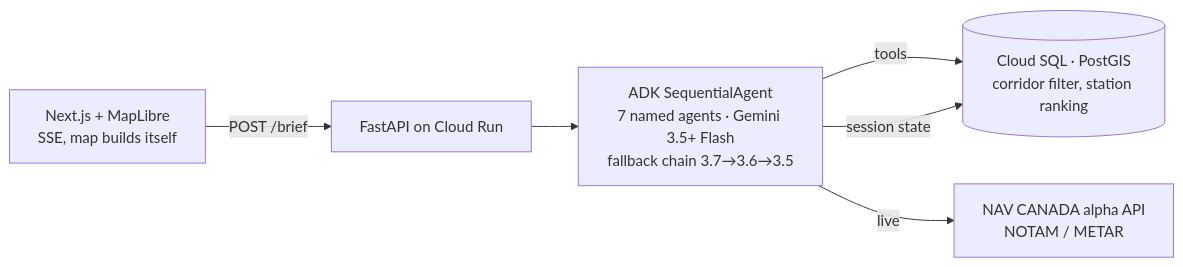
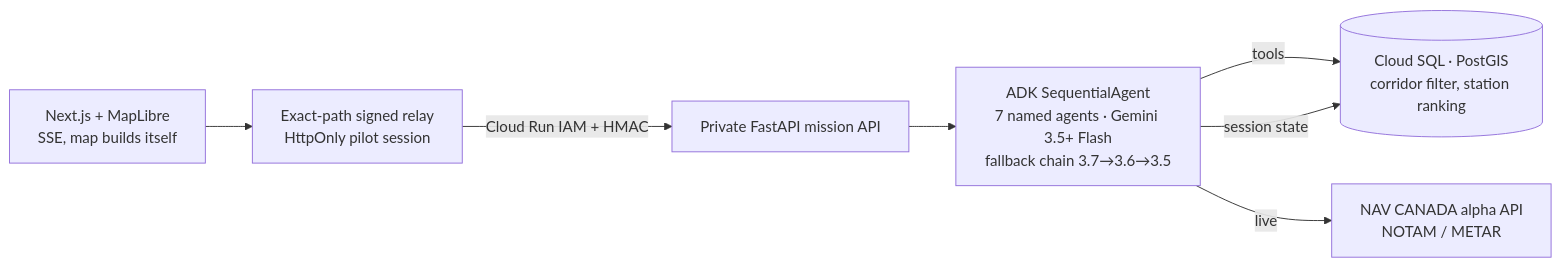
One commit to Zen-cronic/waterline changed the diagram in README.md. Above: the diagram before and after it, drawn with Mermaid. The commit also changed other lines of this file and 28 other files, not shown here.

````diff
--- a/README.md
+++ b/README.md
@@ -40,8 +40,9 @@
 ```mermaid
 flowchart LR
-  UI[Next.js + MapLibre<br/>SSE, map builds itself] -- POST /brief --> SVC[FastAPI on Cloud Run]
+  UI[Next.js + MapLibre<br/>SSE, map builds itself] --> RELAY[Exact-path signed relay<br/>HttpOnly pilot session]
+  RELAY -- Cloud Run IAM + HMAC --> SVC[Private FastAPI mission API]
   SVC --> ADK[ADK SequentialAgent<br/>7 named agents · Gemini 3.5+ Flash<br/>fallback chain 3.7→3.6→3.5]
   ADK -- tools --> PG[(Cloud SQL · PostGIS<br/>corridor filter, station ranking)]
   ADK -- live --> NAV[NAV CANADA alpha API<br/>NOTAM / METAR]
   ADK -- session state --> PG
 ```
````
